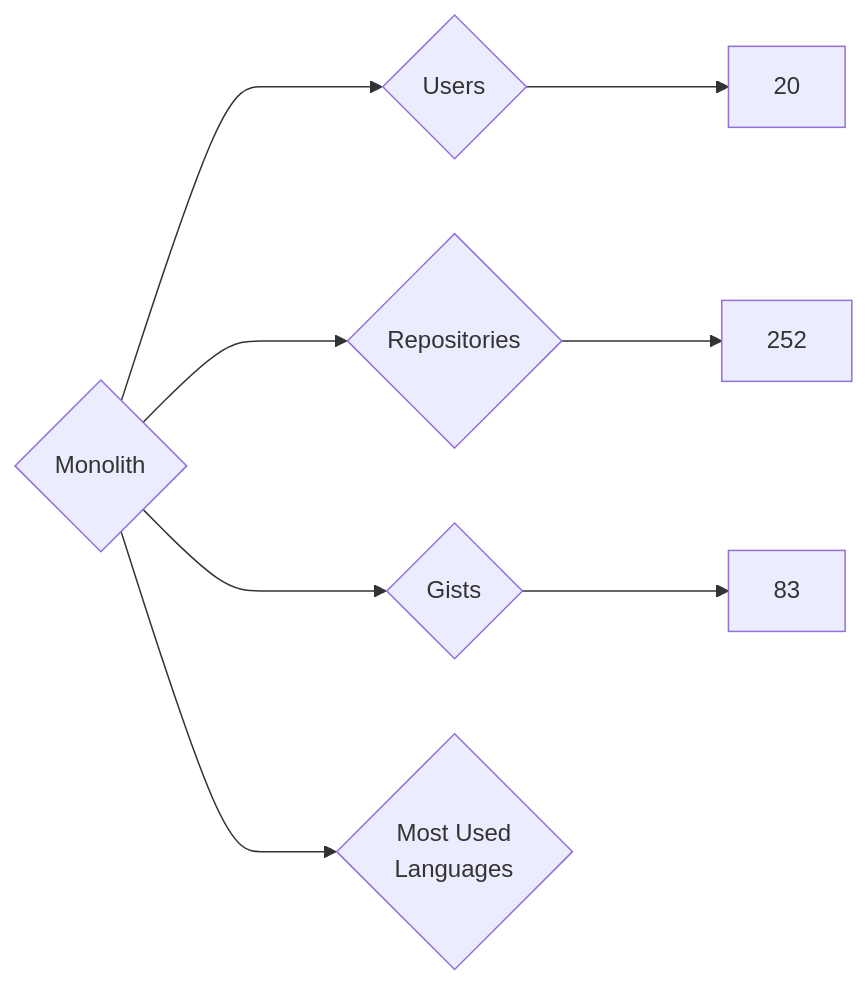
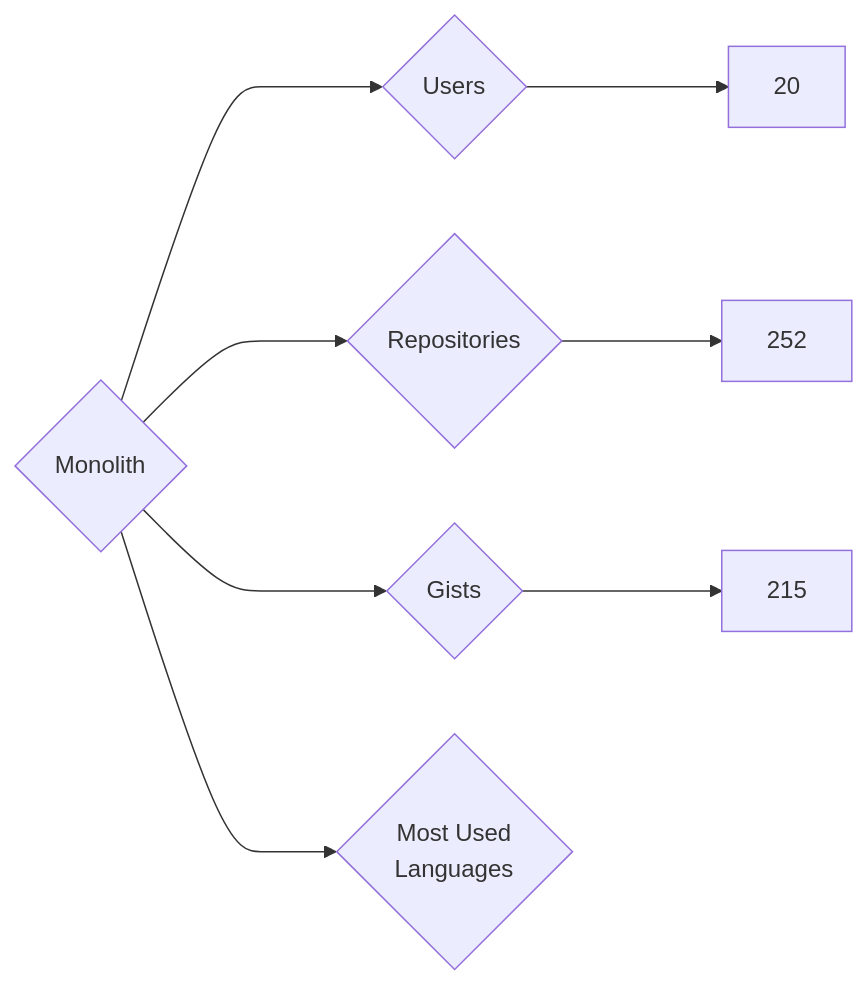
One commit to nenadzaric/insiders changed the diagram in targets/Monolith/README.md. Above: the diagram before and after it, drawn with Mermaid. The commit also changed 1342 other files, not shown here.

````diff
--- a/targets/Monolith/README.md
+++ b/targets/Monolith/README.md
@@ -3,8 +3,8 @@
 ```mermaid
 graph LR
 COMPANY_NAME{Monolith}
 COMPANY_NAME ---> U{Users} ---> UN[20]
 COMPANY_NAME ---> R{Repositories} ---> RN[252]
-COMPANY_NAME ---> G{Gists} ---> GN[83]
+COMPANY_NAME ---> G{Gists} ---> GN[215]
 COMPANY_NAME ---> ML{Most Used<br>Languages}
 ```
````
